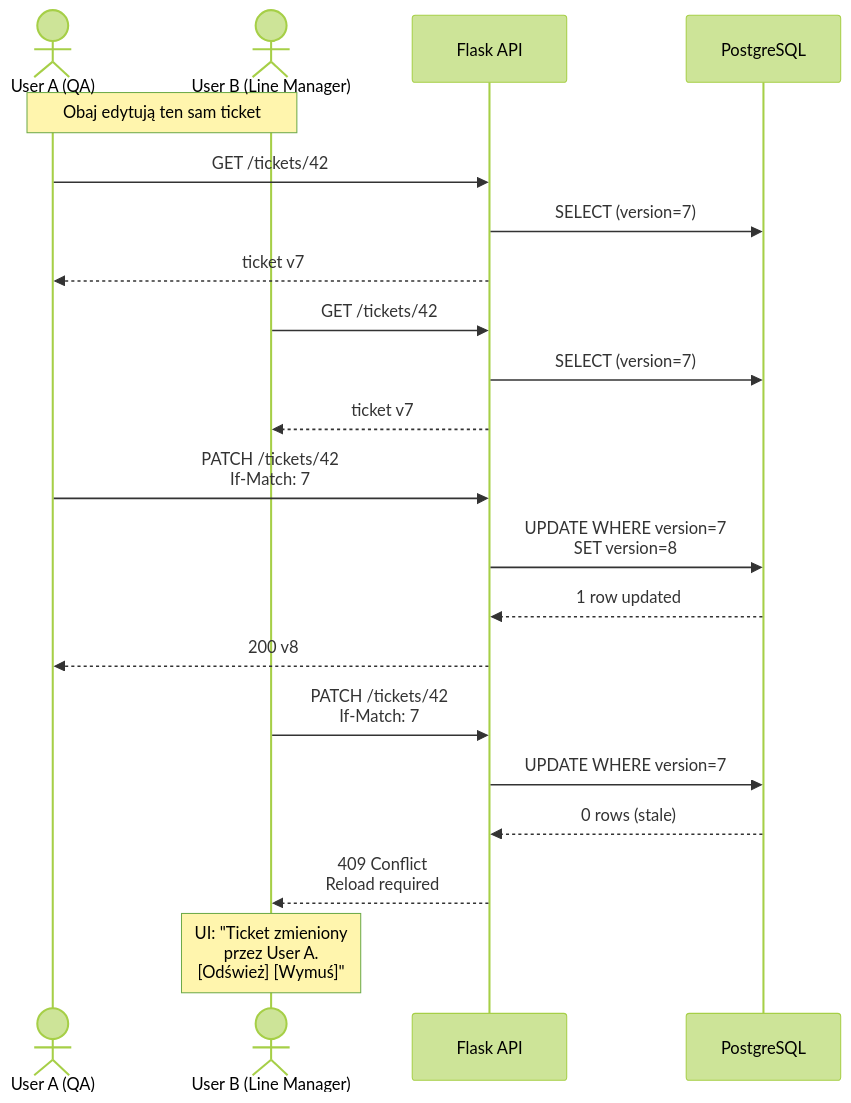
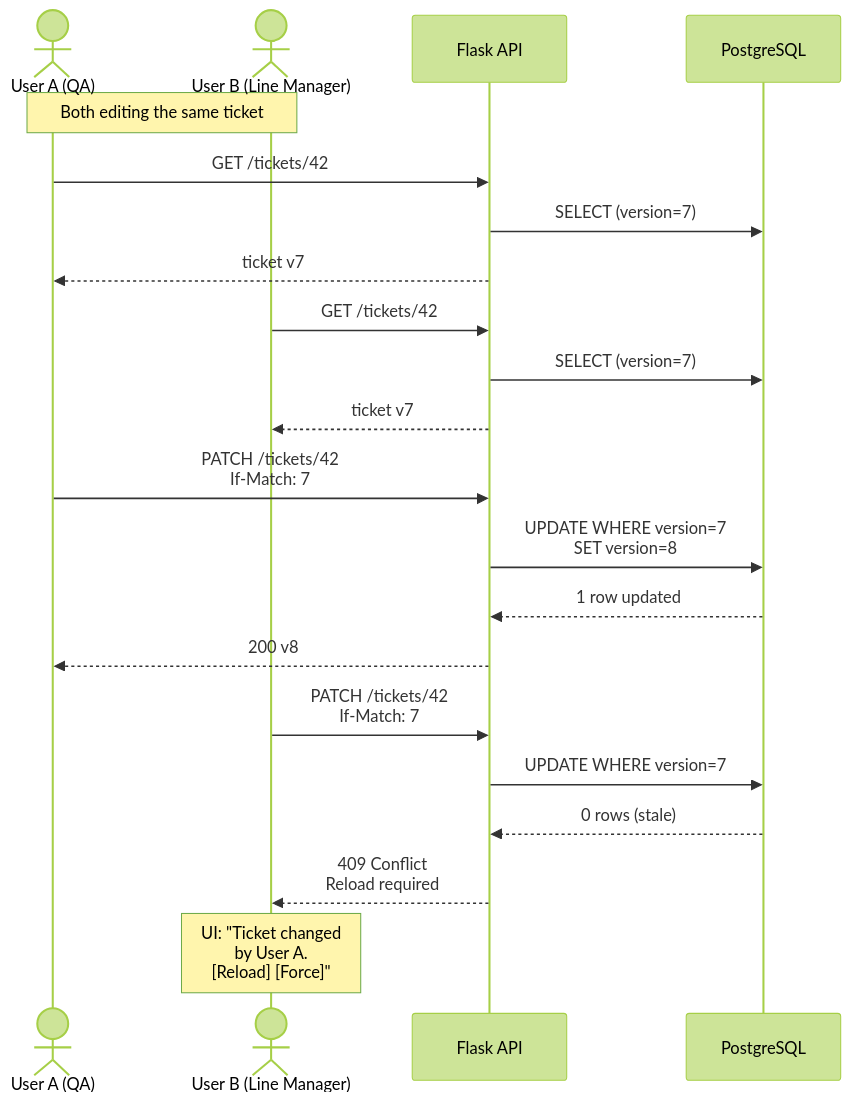
One commit to AmigoUK/qms-bakery changed the eighth of 10 diagrams in 02-diagramy-architektury.md. Above: the diagram before and after it, drawn with Mermaid (forest theme). The commit also changed other lines of this file and 1 other file, not shown here.

First line of the commit message:
Translate architecture docs (01-, 02-) from Polish to English

````diff
--- a/02-diagramy-architektury.md
+++ b/02-diagramy-architektury.md
@@ -492,29 +492,29 @@
 ```mermaid
 sequenceDiagram
     actor U1 as User A (QA)
     actor U2 as User B (Line Manager)
     participant API as Flask API
     participant DB as PostgreSQL
 
-    Note over U1,U2: Obaj edytują ten sam ticket #42
+    Note over U1,U2: Both editing the same ticket #42
 
     U1->>API: GET /tickets/42
     API->>DB: SELECT (version=7)
     API-->>U1: ticket v7
 
     U2->>API: GET /tickets/42
     API->>DB: SELECT (version=7)
     API-->>U2: ticket v7
 
     U1->>API: PATCH /tickets/42<br/>If-Match: 7
     API->>DB: UPDATE WHERE version=7<br/>SET version=8
     DB-->>API: 1 row updated
     API-->>U1: 200 v8
 
     U2->>API: PATCH /tickets/42<br/>If-Match: 7
     API->>DB: UPDATE WHERE version=7
     DB-->>API: 0 rows (stale)
     API-->>U2: 409 Conflict<br/>Reload required
 
-    Note over U2: UI: "Ticket zmieniony<br/>przez User A.<br/>[Odśwież] [Wymuś]"
+    Note over U2: UI: "Ticket changed<br/>by User A.<br/>[Reload] [Force]"
 ```
````
